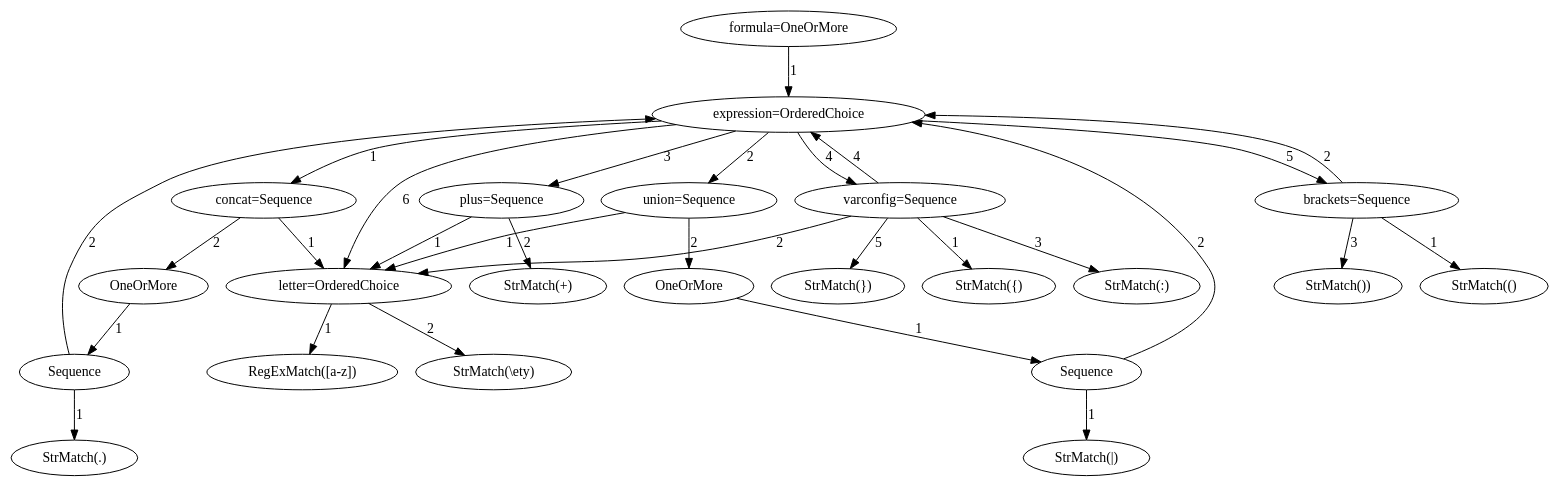
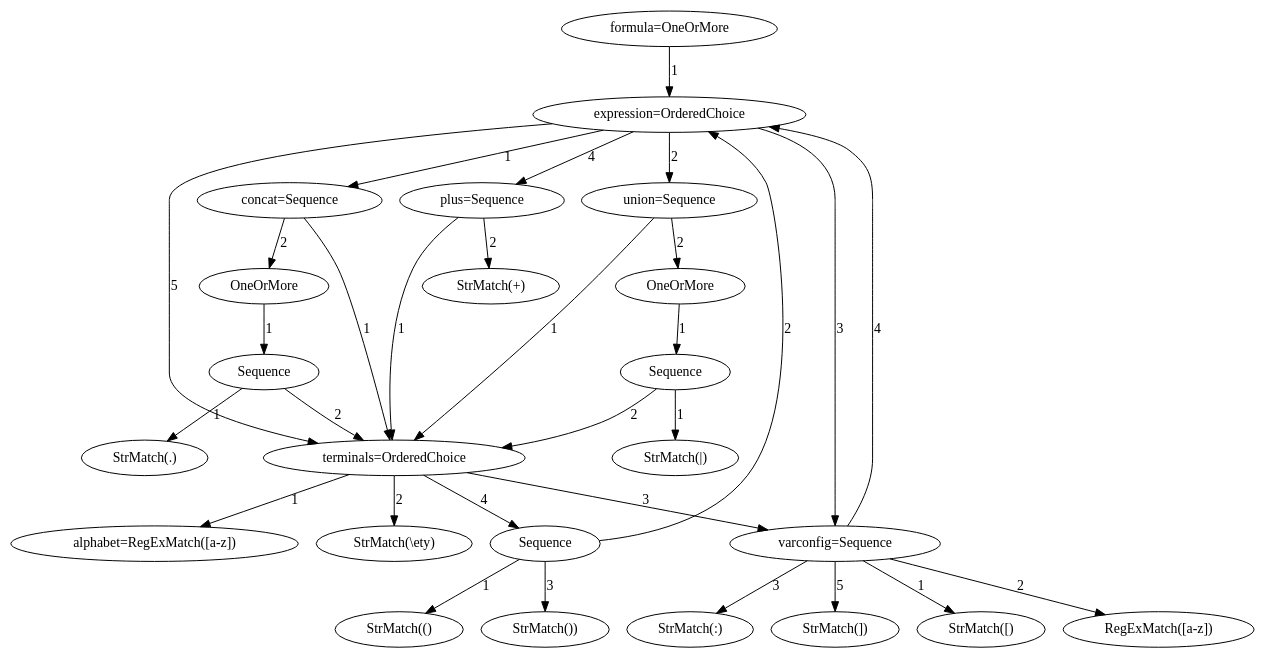
The diagram in formula_parser_model.dot (yipsimon/DocumentSpanners_MSc), drawn with Graphviz before and after one commit. The commit also changed 7 other files, not shown here.

```diff
--- a/formula_parser_model.dot
+++ b/formula_parser_model.dot
@@ -1,82 +1,85 @@
 digraph arpeggio_graph {
-140510281919888 [label="formula=OneOrMore"];
-140510281919888->140510281920016 [label="1"]
+140064346619088 [label="formula=OneOrMore"];
+140064346619088->140064346619216 [label="1"]
 
-140510281920016 [label="expression=OrderedChoice"];
-140510281920016->140510281920272 [label="1"]
+140064346619216 [label="expression=OrderedChoice"];
+140064346619216->140064326766672 [label="1"]
 
-140510281920272 [label="concat=Sequence"];
-140510281920272->140510281969744 [label="1"]
+140064326766672 [label="concat=Sequence"];
+140064326766672->140064326795536 [label="1"]
 
-140510281969744 [label="letter=OrderedChoice"];
-140510281969744->140510281920464 [label="1"]
+140064326795536 [label="terminals=OrderedChoice"];
+140064326795536->140064326854480 [label="1"]
 
-140510281920464 [label="RegExMatch([a-z])"];
-140510281969744->140510281969872 [label="2"]
+140064326854480 [label="alphabet=RegExMatch([a-z])"];
+140064326795536->140064326797264 [label="2"]
 
-140510281969872 [label="StrMatch(\\ety)"];
-140510281920272->140510281920208 [label="2"]
+140064326797264 [label="StrMatch(\\ety)"];
+140064326795536->140064326854672 [label="3"]
 
-140510281920208 [label="OneOrMore"];
-140510281920208->140510281920400 [label="1"]
+140064326854672 [label="varconfig=Sequence"];
+140064326854672->140064326854800 [label="1"]
 
-140510281920400 [label="Sequence"];
-140510281920400->140510281969936 [label="1"]
+140064326854800 [label="StrMatch([)"];
+140064326854672->140064326854608 [label="2"]
 
-140510281969936 [label="StrMatch(.)"];
-140510281920400->140510281920016 [label="2"]
+140064326854608 [label="RegExMatch([a-z])"];
+140064326854672->140064326854864 [label="3"]
 
-140510281920016->140510281969808 [label="2"]
+140064326854864 [label="StrMatch(:)"];
+140064326854672->140064346619216 [label="4"]
 
-140510281969808 [label="union=Sequence"];
-140510281969808->140510281969744 [label="1"]
+140064326854672->140064326854928 [label="5"]
 
-140510281969808->140510281920336 [label="2"]
+140064326854928 [label="StrMatch(])"];
+140064326795536->140064326854544 [label="4"]
 
-140510281920336 [label="OneOrMore"];
-140510281920336->140510281970064 [label="1"]
+140064326854544 [label="Sequence"];
+140064326854544->140064326854992 [label="1"]
 
-140510281970064 [label="Sequence"];
-140510281970064->140510281970192 [label="1"]
+140064326854992 [label="StrMatch(()"];
+140064326854544->140064346619216 [label="2"]
 
-140510281970192 [label="StrMatch(|)"];
-140510281970064->140510281920016 [label="2"]
+140064326854544->140064326855056 [label="3"]
 
-140510281920016->140510281970000 [label="3"]
+140064326855056 [label="StrMatch())"];
+140064326766672->140064346619728 [label="2"]
 
-140510281970000 [label="plus=Sequence"];
-140510281970000->140510281969744 [label="1"]
+140064346619728 [label="OneOrMore"];
+140064346619728->140064326770128 [label="1"]
 
-140510281970000->140510281970256 [label="2"]
+140064326770128 [label="Sequence"];
+140064326770128->140064326854736 [label="1"]
 
-140510281970256 [label="StrMatch(+)"];
-140510281920016->140510281970128 [label="4"]
+140064326854736 [label="StrMatch(.)"];
+140064326770128->140064326795536 [label="2"]
 
-140510281970128 [label="varconfig=Sequence"];
-140510281970128->140510281970384 [label="1"]
+140064346619216->140064326795728 [label="2"]
 
-140510281970384 [label="StrMatch({)"];
-140510281970128->140510281969744 [label="2"]
+140064326795728 [label="union=Sequence"];
+140064326795728->140064326795536 [label="1"]
 
-140510281970128->140510281970448 [label="3"]
+140064326795728->140064326768080 [label="2"]
 
-140510281970448 [label="StrMatch(:)"];
-140510281970128->140510281920016 [label="4"]
+140064326768080 [label="OneOrMore"];
+140064326768080->140064326855184 [label="1"]
 
-140510281970128->140510281970512 [label="5"]
+140064326855184 [label="Sequence"];
+140064326855184->140064326855312 [label="1"]
 
-140510281970512 [label="StrMatch(})"];
-140510281920016->140510281970320 [label="5"]
+140064326855312 [label="StrMatch(|)"];
+140064326855184->140064326795536 [label="2"]
 
-140510281970320 [label="brackets=Sequence"];
-140510281970320->140510281970640 [label="1"]
+140064346619216->140064326854672 [label="3"]
 
-140510281970640 [label="StrMatch(()"];
-140510281970320->140510281920016 [label="2"]
+140064346619216->140064326855120 [label="4"]
 
-140510281970320->140510281970704 [label="3"]
+140064326855120 [label="plus=Sequence"];
+140064326855120->140064326795536 [label="1"]
 
-140510281970704 [label="StrMatch())"];
-140510281920016->140510281969744 [label="6"]
+140064326855120->140064326855376 [label="2"]
+
+140064326855376 [label="StrMatch(+)"];
+140064346619216->140064326795536 [label="5"]
 
 }
```
